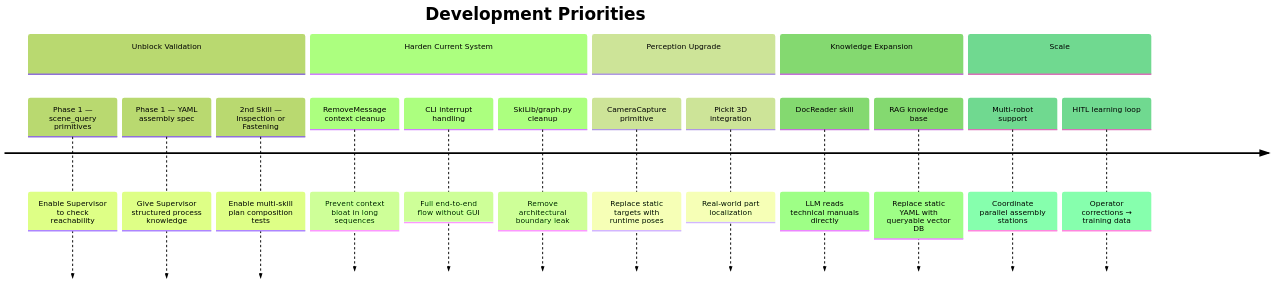
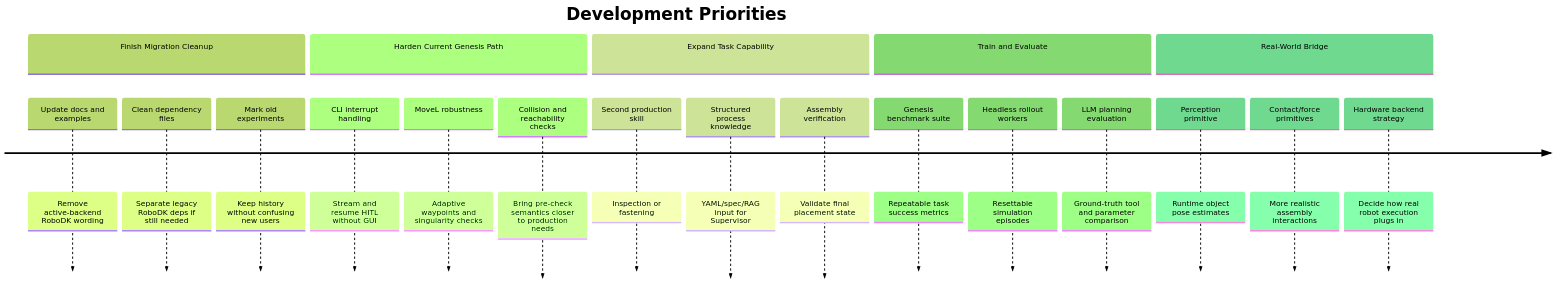
One commit to SniperPigeon/RoboSkiAgent changed the third of 4 diagrams in ROADMAP.md. Above: the diagram before and after it, drawn with Mermaid (forest theme). The commit also changed other lines of this file and 7 other files, not shown here.

````diff
--- a/ROADMAP.md
+++ b/ROADMAP.md
@@ -118,26 +125,29 @@
 ```mermaid
 timeline
     title Development Priorities
 
-    section Unblock Validation
-        Phase 1 — scene_query primitives    : Enable Supervisor to check reachability
-        Phase 1 — YAML assembly spec        : Give Supervisor structured process knowledge
-        2nd Skill — Inspection or Fastening : Enable multi-skill plan composition tests
+    section Finish Migration Cleanup
+        Update docs and examples          : Remove active-backend RoboDK wording
+        Clean dependency files            : Separate legacy RoboDK deps if still needed
+        Mark old experiments              : Keep history without confusing new users
 
-    section Harden Current System
-        RemoveMessage context cleanup       : Prevent context bloat in long sequences
-        CLI interrupt handling              : Full end-to-end flow without GUI
-        SkiLib/graph.py cleanup             : Remove architectural boundary leak
+    section Harden Current Genesis Path
+        CLI interrupt handling            : Stream and resume HITL without GUI
+        MoveL robustness                  : Adaptive waypoints and singularity checks
+        Collision and reachability checks : Bring pre-check semantics closer to production needs
 
-    section Perception Upgrade
-        CameraCapture primitive             : Replace static targets with runtime poses
-        Pickit 3D integration               : Real-world part localization
+    section Expand Task Capability
+        Second production skill           : Inspection or fastening
+        Structured process knowledge      : YAML/spec/RAG input for Supervisor
+        Assembly verification             : Validate final placement state
 
-    section Knowledge Expansion
-        DocReader skill                     : LLM reads technical manuals directly
-        RAG knowledge base                  : Replace static YAML with queryable vector DB
+    section Train and Evaluate
+        Genesis benchmark suite           : Repeatable task success metrics
+        Headless rollout workers          : Resettable simulation episodes
+        LLM planning evaluation           : Ground-truth tool and parameter comparison
 
-    section Scale
-        Multi-robot support                 : Coordinate parallel assembly stations
-        HITL learning loop                  : Operator corrections → training data
+    section Real-World Bridge
+        Perception primitive              : Runtime object pose estimates
+        Contact/force primitives          : More realistic assembly interactions
+        Hardware backend strategy         : Decide how real robot execution plugs in
 ```
````
